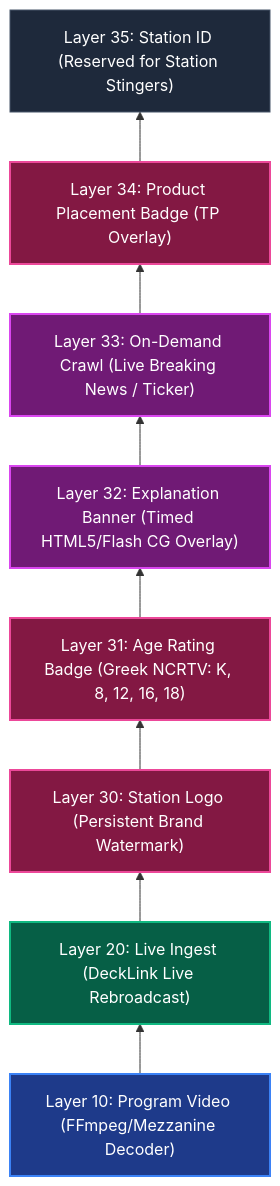
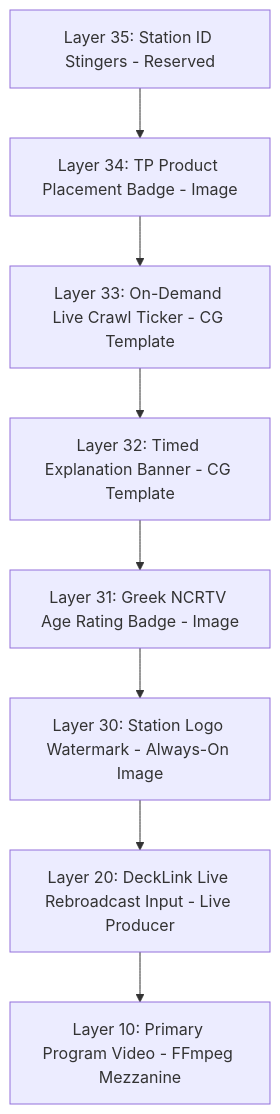
Before and after one commit to Soranokuni/PlayOutVue: the second of 2 diagrams in README.md, drawn with Mermaid. The commit also changed other lines of this file, not shown here.

Commit message:
fix(docs): resolve Mermaid rendering issue on GitHub

````diff
--- a/README.md
+++ b/README.md
@@ -101,19 +78,13 @@
 ```mermaid
-graph BT
-    classDef base fill:#1e293b,stroke:#475569,stroke-width:1px,color:#fff;
-    classDef video fill:#1e3a8a,stroke:#3b82f6,stroke-width:2px,color:#fff;
-    classDef live fill:#065f46,stroke:#10b981,stroke-width:2px,color:#fff;
-    classDef brand fill:#831843,stroke:#ec4899,stroke-width:2px,color:#fff;
-    classDef cg fill:#701a75,stroke:#d946ef,stroke-width:2px,color:#fff;
+graph TD
+    L35[Layer 35: Station ID Stingers - Reserved]
+    L34[Layer 34: TP Product Placement Badge - Image]
+    L33[Layer 33: On-Demand Live Crawl Ticker - CG Template]
+    L32[Layer 32: Timed Explanation Banner - CG Template]
+    L31[Layer 31: Greek NCRTV Age Rating Badge - Image]
+    L30[Layer 30: Station Logo Watermark - Always-On Image]
+    L20[Layer 20: DeckLink Live Rebroadcast Input - Live Producer]
+    L10[Layer 10: Primary Program Video - FFmpeg Mezzanine]
 
-    L10["Layer 10: Program Video (FFmpeg/Mezzanine Decoder)"]:::video
-    L20["Layer 20: Live Ingest (DeckLink Live Rebroadcast)"]:::live
-    L30["Layer 30: Station Logo (Persistent Brand Watermark)"]:::brand
-    L31["Layer 31: Age Rating Badge (Greek NCRTV: K, 8, 12, 16, 18)"]:::brand
-    L32["Layer 32: Explanation Banner (Timed HTML5/Flash CG Overlay)"]:::cg
-    L33["Layer 33: On-Demand Crawl (Live Breaking News / Ticker)"]:::cg
-    L34["Layer 34: Product Placement Badge (TP Overlay)"]:::brand
-    L35["Layer 35: Station ID (Reserved for Station Stingers)"]:::base
-
-    L10 --> L20 --> L30 --> L31 --> L32 --> L33 --> L34 --> L35
+    L35 --> L34 --> L33 --> L32 --> L31 --> L30 --> L20 --> L10
 ```
````
